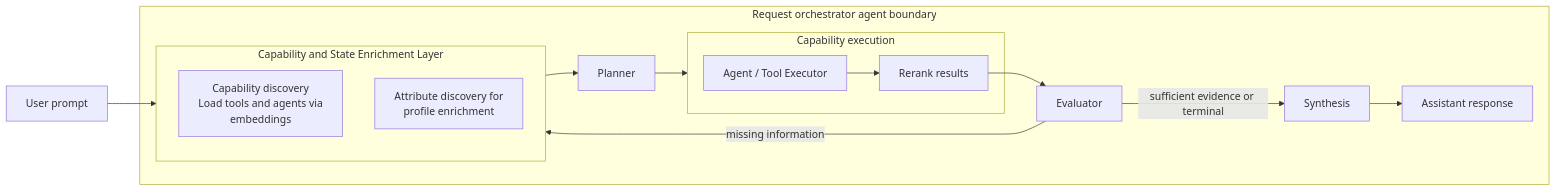
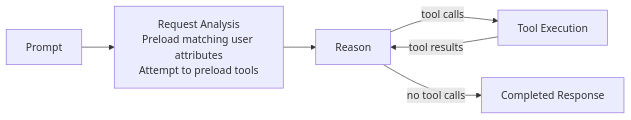
The diagram in README.md (mikeshutov/llm_poc), drawn with Mermaid before and after one commit. The commit also changed other lines of this file and 95 other files, not shown here.

````diff
--- a/README.md
+++ b/README.md
@@ -37,34 +33,8 @@
 ```mermaid
 flowchart LR
-    PROMPT["User prompt"]
-
-    subgraph ORCHESTRATOR["Request orchestrator agent boundary"]
-        subgraph ENRICHMENT["Capability and State Enrichment Layer"]
-            CAPABILITY["Capability discovery<br/>Load tools and agents via<br/>embeddings"]
-            ATTRIBUTE["Attribute discovery for<br/>profile enrichment"]
-        end
-
-        PLANNER["Planner"]
-
-        subgraph CAPABILITY_EXECUTION["Capability execution"]
-            AGENT_TOOL_EXEC["Agent / Tool Executor"]
-            RERANK["Rerank results"]
-            AGENT_TOOL_EXEC --> RERANK
-        end
-
-        EVALUATOR["Evaluator"]
-        SYNTHESIS["Synthesis"]
-        RESPONSE["Assistant response"]
-
-        ENRICHMENT --> PLANNER
-
-        PLANNER --> CAPABILITY_EXECUTION
-        RERANK --> EVALUATOR
-
-        EVALUATOR -->|missing information| ENRICHMENT
-        EVALUATOR -->|sufficient evidence or terminal| SYNTHESIS
-        SYNTHESIS --> RESPONSE
-    end
-
-    PROMPT --> ENRICHMENT
+    PROMPT["Prompt"] --> ANALYSIS["Request Analysis<br/>Preload matching user attributes<br/>Attempt to preload tools"]
+    ANALYSIS --> REASON["Reason"]
+    REASON -->|tool calls| EXECUTE["Tool Execution"]
+    EXECUTE -->|tool results| REASON
+    REASON -->|no tool calls| RESPONSE["Completed Response"]
 ```
````
